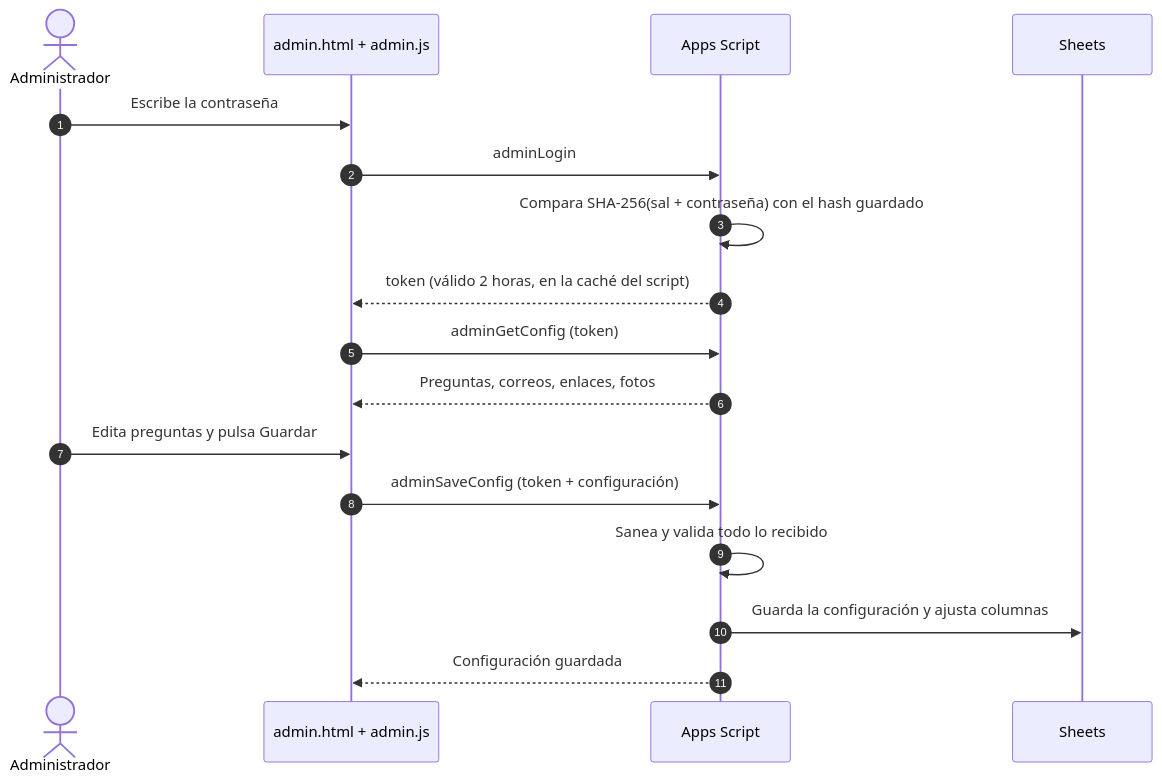
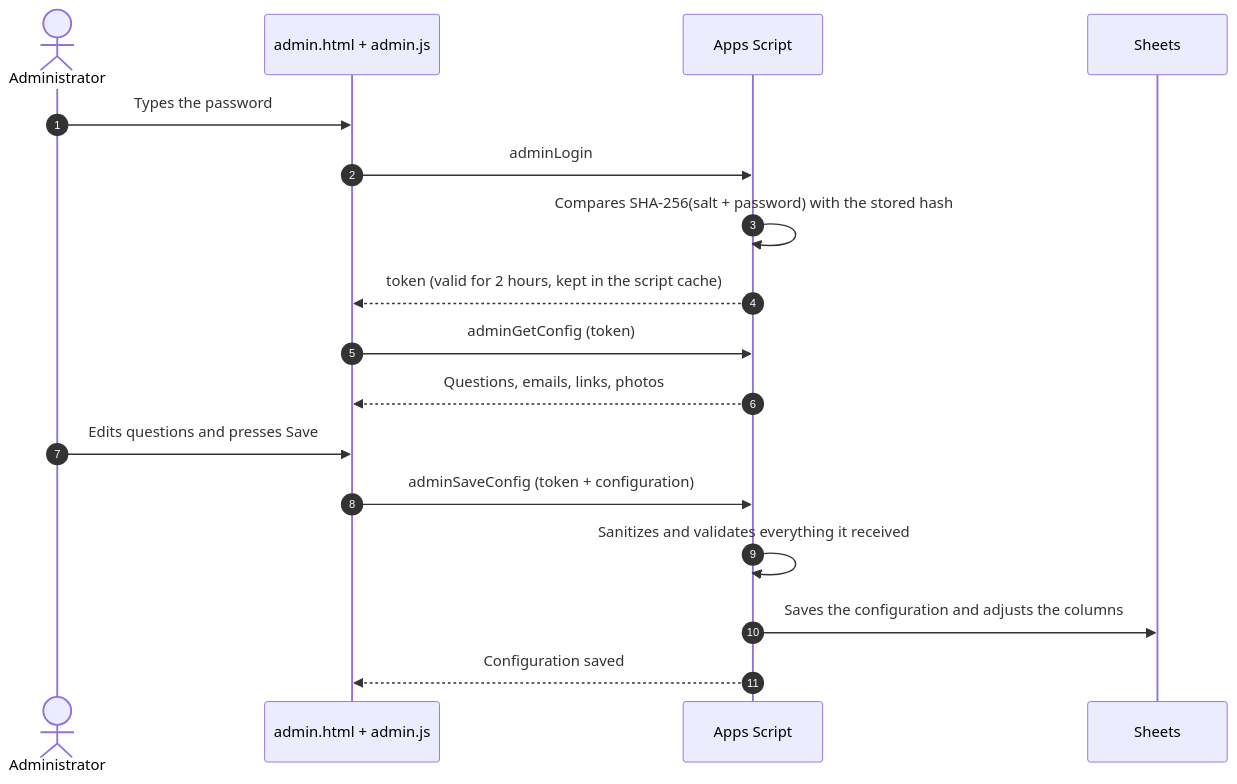
Before and after one commit to BoanergesDaza/formforge-apps-script: the third of 3 diagrams in README.md, drawn with Mermaid. The commit also changed other lines of this file and 15 other files, not shown here.

````diff
--- a/README.md
+++ b/README.md
@@ -146,20 +166,20 @@
 ```mermaid
 sequenceDiagram
     autonumber
-    actor A as Administrador
+    actor A as Administrator
     participant P as admin.html + admin.js
     participant G as Apps Script
     participant S as Sheets
 
-    A->>P: Escribe la contraseña
+    A->>P: Types the password
     P->>G: adminLogin
-    G->>G: Compara SHA-256(sal + contraseña) con el hash guardado
-    G-->>P: token (válido 2 horas, en la caché del script)
+    G->>G: Compares SHA-256(salt + password) with the stored hash
+    G-->>P: token (valid for 2 hours, kept in the script cache)
     P->>G: adminGetConfig (token)
-    G-->>P: Preguntas, correos, enlaces, fotos
-    A->>P: Edita preguntas y pulsa Guardar
-    P->>G: adminSaveConfig (token + configuración)
-    G->>G: Sanea y valida todo lo recibido
-    G->>S: Guarda la configuración y ajusta columnas
-    G-->>P: Configuración guardada
+    G-->>P: Questions, emails, links, photos
+    A->>P: Edits questions and presses Save
+    P->>G: adminSaveConfig (token + configuration)
+    G->>G: Sanitizes and validates everything it received
+    G->>S: Saves the configuration and adjusts the columns
+    G-->>P: Configuration saved
 ```
````
